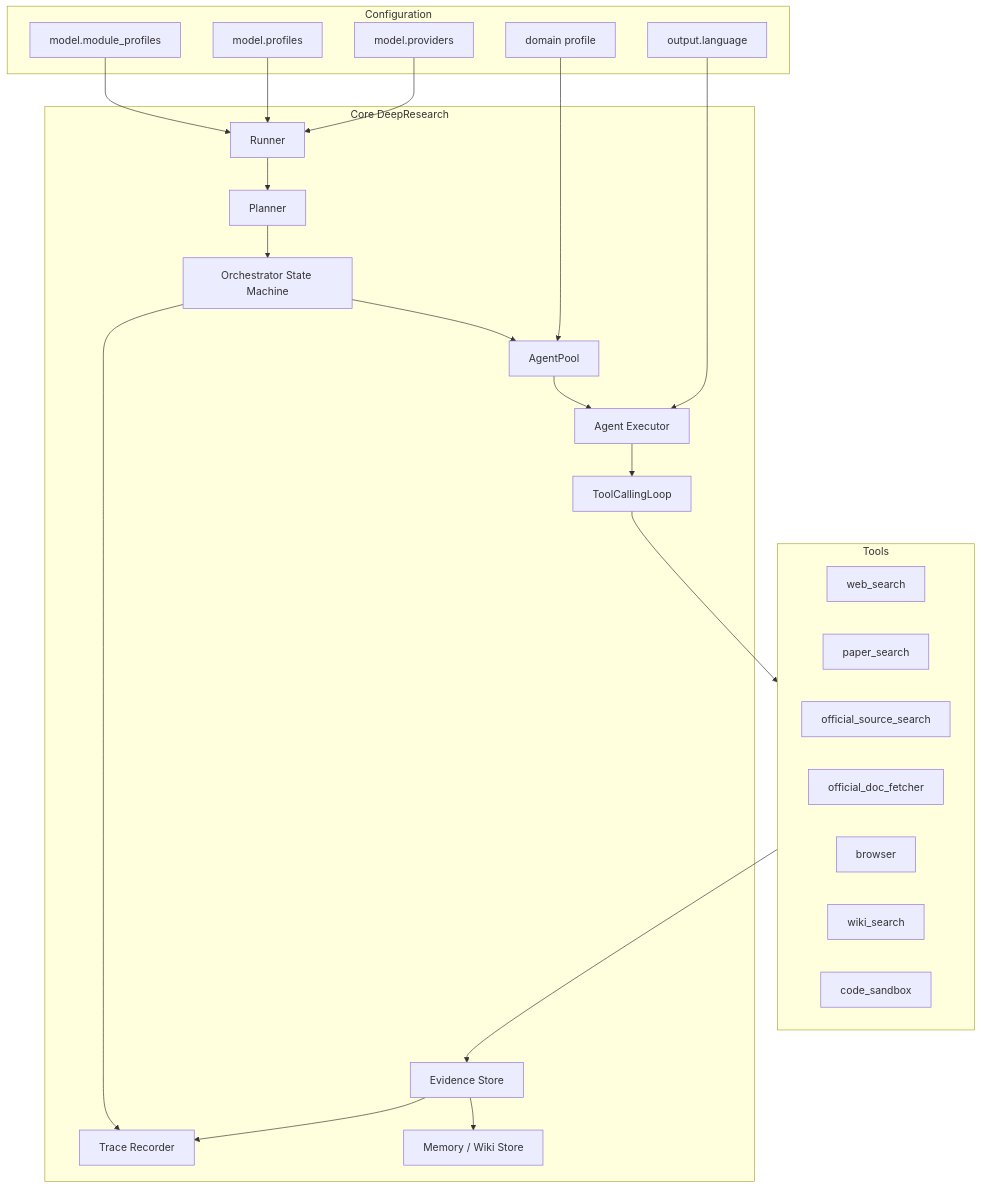
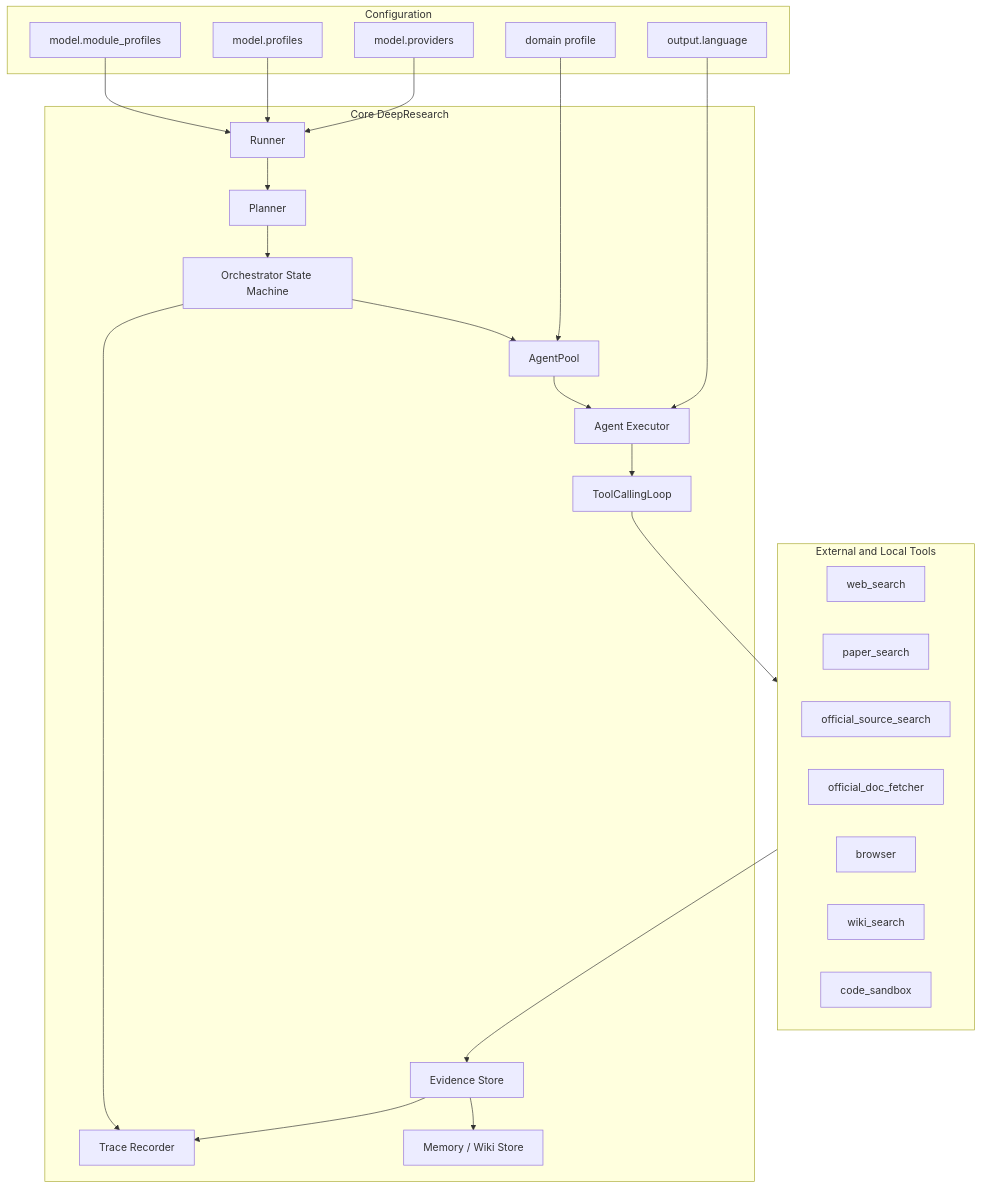
One commit to zxc3334/deepresearch changed the first of 2 diagrams in README.md. Above: the diagram before and after it, drawn with Mermaid. The commit also changed other lines of this file and 1 other file, not shown here.

````diff
--- a/README.md
+++ b/README.md
@@ -49,48 +34,48 @@
 ```mermaid
 flowchart TD
     subgraph Config["Configuration"]
         C1["model.providers"]
         C2["model.profiles"]
         C3["model.module_profiles"]
         C4["domain profile"]
         C5["output.language"]
     end
 
     subgraph Core["Core DeepResearch"]
         R["Runner"]
         P["Planner"]
         O["Orchestrator State Machine"]
         AP["AgentPool"]
         AG["Agent Executor"]
         TL["ToolCallingLoop"]
         ES["Evidence Store"]
         TR["Trace Recorder"]
         MEM["Memory / Wiki Store"]
     end
 
-    subgraph Tools["Tools"]
+    subgraph Tooling["External and Local Tools"]
         WS["web_search"]
         PS["paper_search"]
         OS["official_source_search"]
         OD["official_doc_fetcher"]
         BR["browser"]
         WK["wiki_search"]
         CS["code_sandbox"]
     end
 
     C1 --> R
     C2 --> R
     C3 --> R
     C4 --> AP
     C5 --> AG
     R --> P
     P --> O
     O --> AP
     AP --> AG
     AG --> TL
-    TL --> Tools
-    Tools --> ES
+    TL --> Tooling
+    Tooling --> ES
     ES --> TR
     ES --> MEM
     O --> TR
 ```
````
